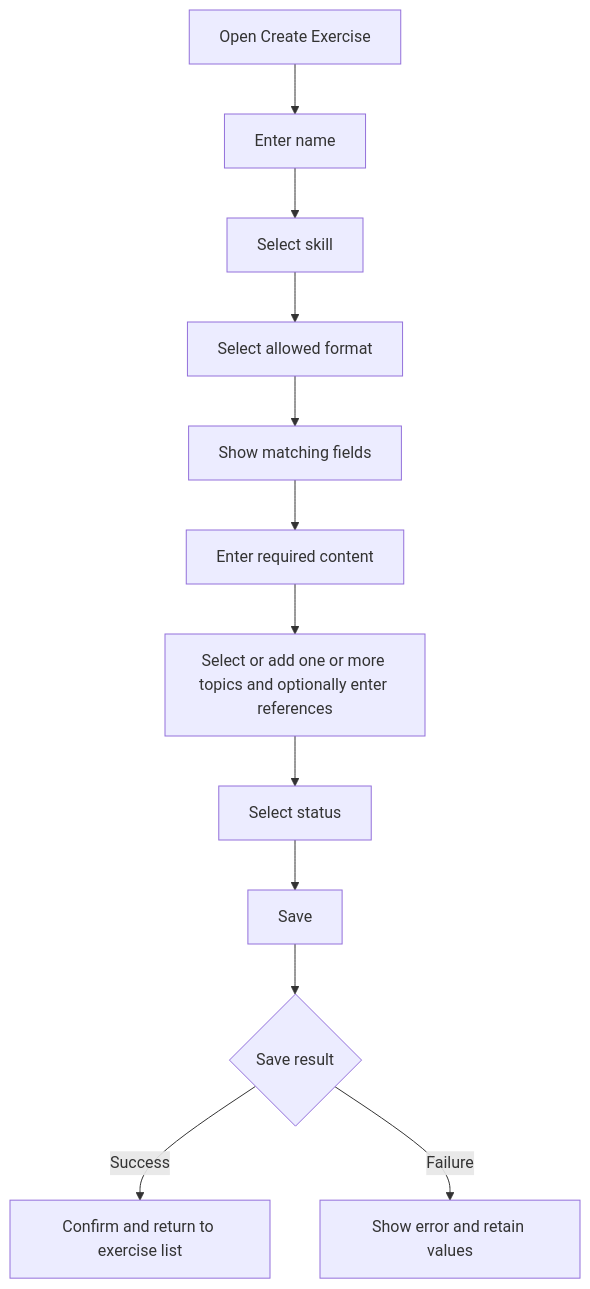
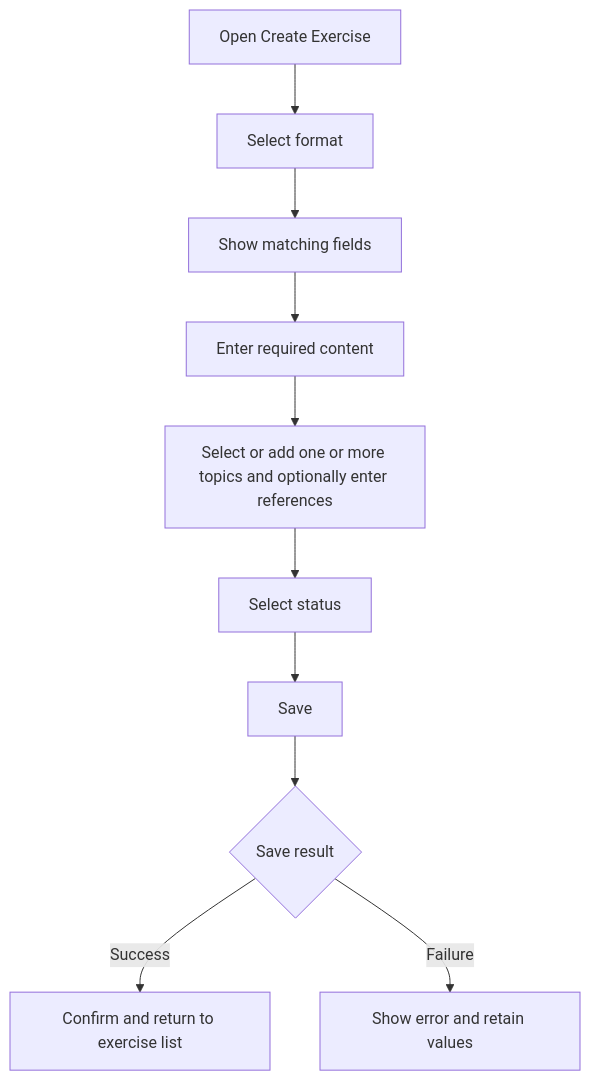
The diagram in docs/manage/spec/create-exercise.md (lamhq/fluento), drawn with Mermaid before and after one commit. The commit also changed other lines of this file and 151 other files, not shown here.

Commit message:
feat: create exercise (#21)

````diff
--- a/docs/manage/spec/create-exercise.md
+++ b/docs/manage/spec/create-exercise.md
@@ -36,14 +34,12 @@
 ```mermaid
 flowchart TD
-    A[Open Create Exercise] --> B[Enter name]
-    B --> C[Select skill]
-    C --> D[Select allowed format]
-    D --> E[Show matching fields]
-    E --> F[Enter required content]
-    F --> G[Select or add one or more topics and optionally enter references]
-    G --> H[Select status]
-    H --> I[Save]
-    I --> J{Save result}
-    J -->|Success| K[Confirm and return to exercise list]
-    J -->|Failure| L[Show error and retain values]
+    A[Open Create Exercise] --> B[Select format]
+    B --> C[Show matching fields]
+    C --> D[Enter required content]
+    D --> E[Select or add one or more topics and optionally enter references]
+    E --> F[Select status]
+    F --> G[Save]
+    G --> H{Save result}
+    H -->|Success| I[Confirm and return to exercise list]
+    H -->|Failure| J[Show error and retain values]
 ```
````
